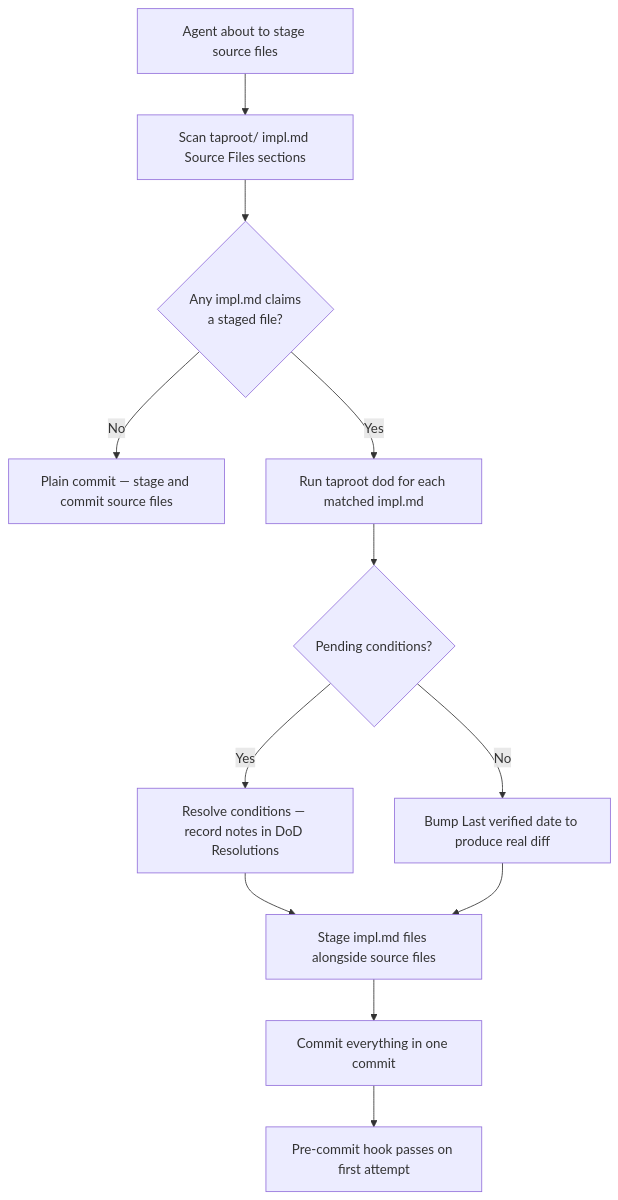
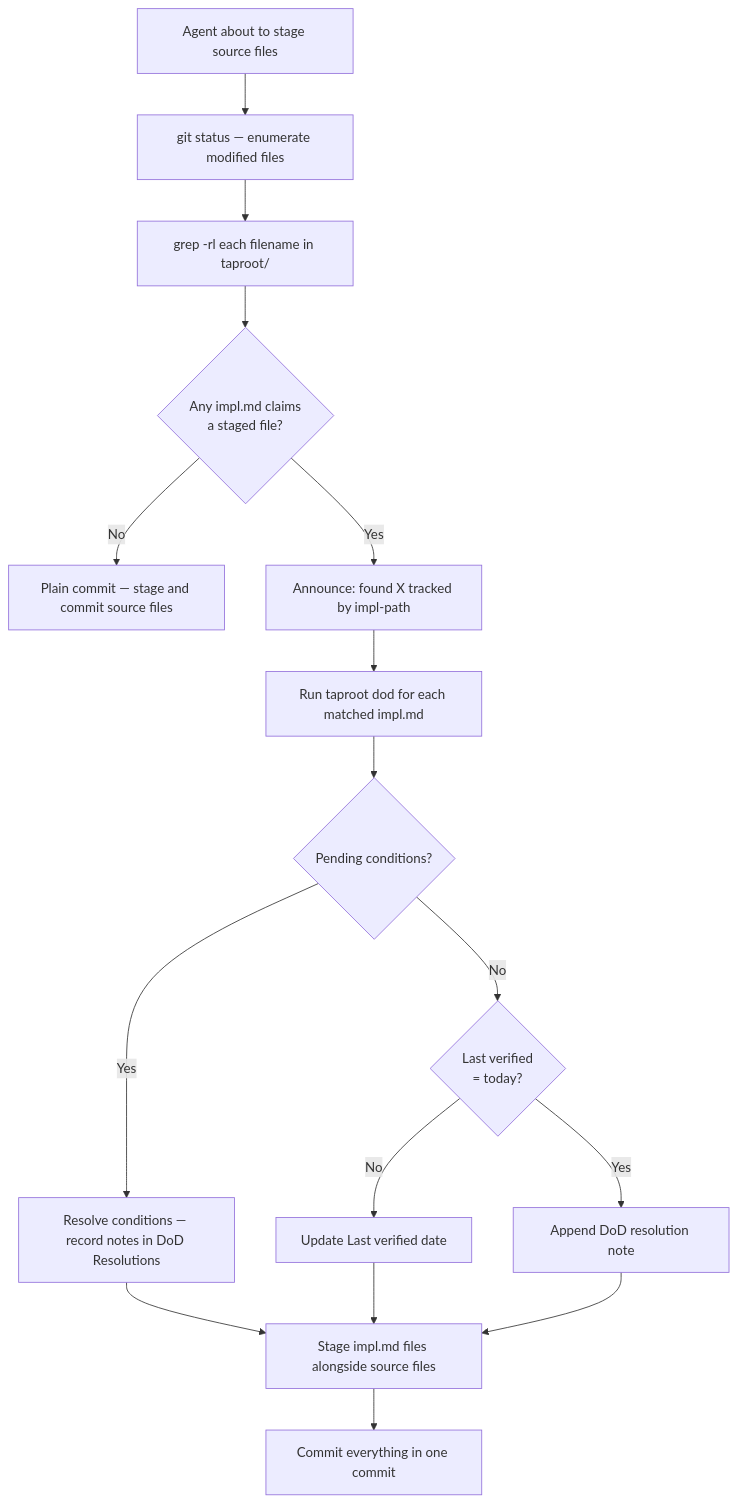
The diagram in taproot/skill-architecture/commit-awareness/ad-hoc-commit-prep/usecase.md (imix/taproot), drawn with Mermaid before and after one commit. The commit also changed other lines of this file, not shown here.

Commit message:
taproot(ad-hoc-commit-prep): refine spec — grep scan, transparency step, Last verified edge case

````diff
--- a/taproot/skill-architecture/commit-awareness/ad-hoc-commit-prep/usecase.md
+++ b/taproot/skill-architecture/commit-awareness/ad-hoc-commit-prep/usecase.md
@@ -48,14 +50,18 @@
 ```mermaid
 flowchart TD
-    A[Agent about to stage source files] --> B[Scan taproot/ impl.md Source Files sections]
-    B --> C{Any impl.md claims\na staged file?}
-    C -- No --> D[Plain commit — stage and commit source files]
-    C -- Yes --> E[Run taproot dod for each matched impl.md]
-    E --> F{Pending conditions?}
-    F -- Yes --> G[Resolve conditions — record notes in DoD Resolutions]
-    F -- No --> H[Bump Last verified date to produce real diff]
-    G --> I[Stage impl.md files alongside source files]
-    H --> I
-    I --> J[Commit everything in one commit]
-    J --> K[Pre-commit hook passes on first attempt]
+    A[Agent about to stage source files] --> B["git status — enumerate modified files"]
+    B --> C["grep -rl each filename in taproot/"]
+    C --> D{Any impl.md claims\na staged file?}
+    D -- No --> E[Plain commit — stage and commit source files]
+    D -- Yes --> F[Announce: found X tracked by impl-path]
+    F --> G[Run taproot dod for each matched impl.md]
+    G --> H{Pending conditions?}
+    H -- Yes --> I[Resolve conditions — record notes in DoD Resolutions]
+    H -- No --> J{Last verified\n= today?}
+    J -- No --> K[Update Last verified date]
+    J -- Yes --> L[Append DoD resolution note]
+    I --> M[Stage impl.md files alongside source files]
+    K --> M
+    L --> M
+    M --> N[Commit everything in one commit]
 ```
````
